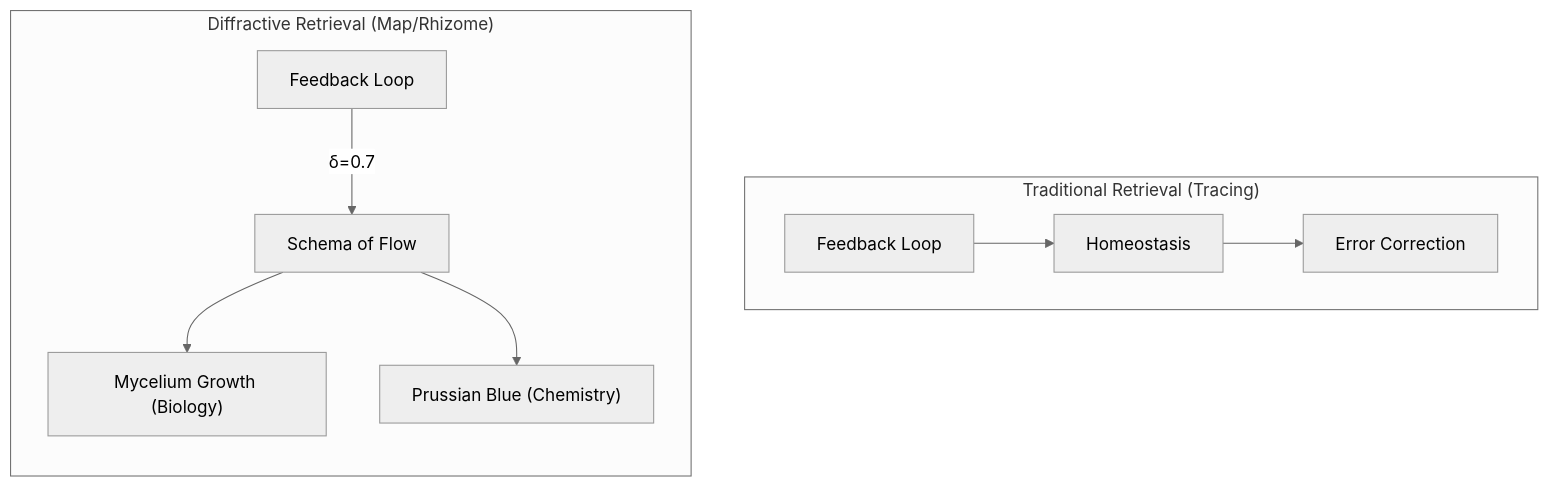
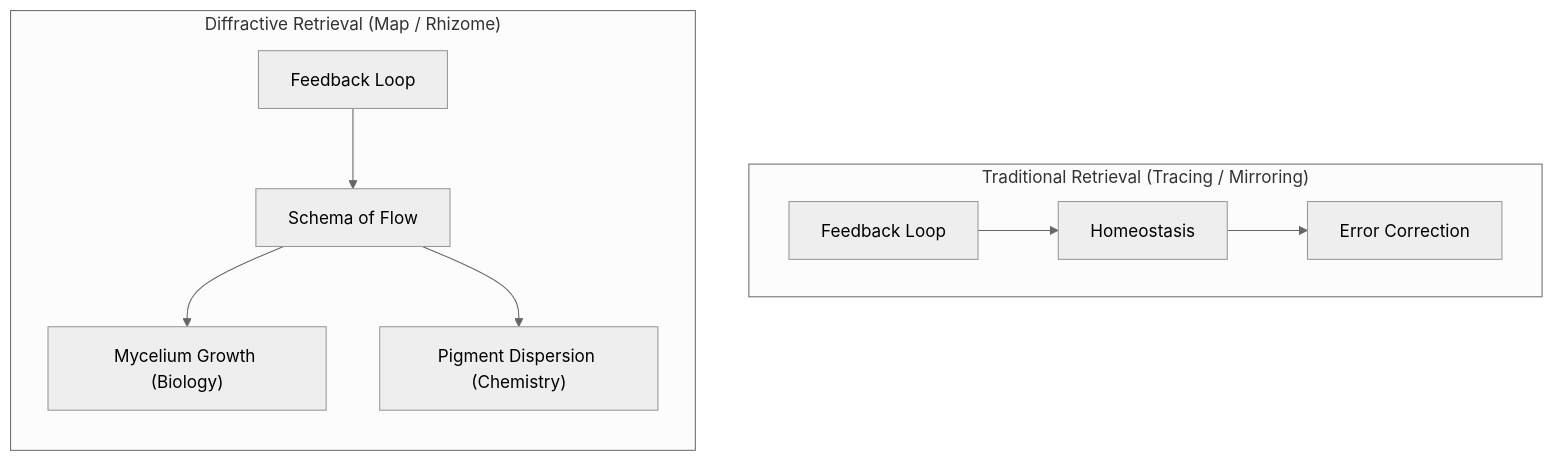
Before and after one commit to sympoietic-systems/AAA: the diagram in docs/philosophy/PHILOSOPHY.md, drawn with Mermaid (neutral theme). The commit also changed other lines of this file and 1 other file, not shown here.

````diff
--- a/docs/philosophy/PHILOSOPHY.md
+++ b/docs/philosophy/PHILOSOPHY.md
@@ -117,14 +72,14 @@
 ```mermaid
 graph TD
-    subgraph Tracing ["Traditional Retrieval (Tracing)"]
+    subgraph Tracing ["Traditional Retrieval (Tracing / Mirroring)"]
         direction LR
         FL1["Feedback Loop"] --> H1["Homeostasis"] --> EC1["Error Correction"]
     end
     
-    subgraph Diffractive ["Diffractive Retrieval (Map/Rhizome)"]
+    subgraph Diffractive ["Diffractive Retrieval (Map / Rhizome)"]
         direction TB
-        FL2["Feedback Loop"] -->|"δ=0.7"| SF["Schema of Flow"]
+        FL2["Feedback Loop"] --> SF["Schema of Flow"]
         SF --> MG["Mycelium Growth (Biology)"]
-        SF --> PB["Prussian Blue (Chemistry)"]
+        SF --> PB["Pigment Dispersion (Chemistry)"]
     end
 ```
````
